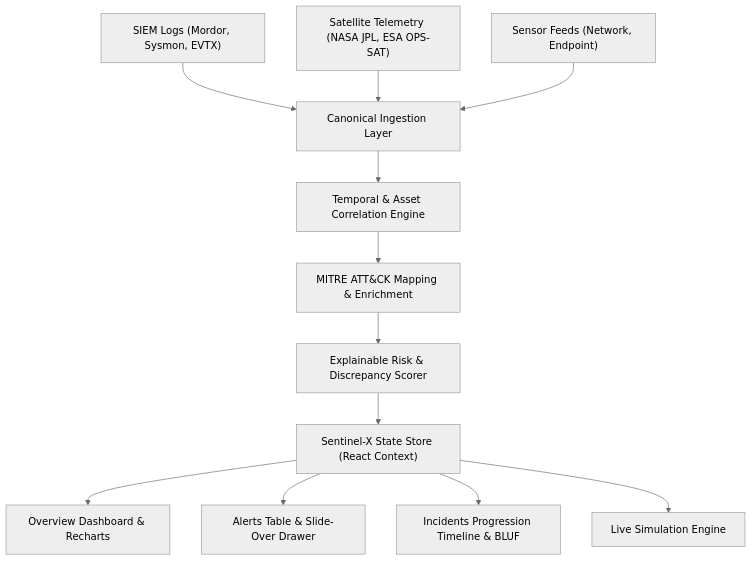
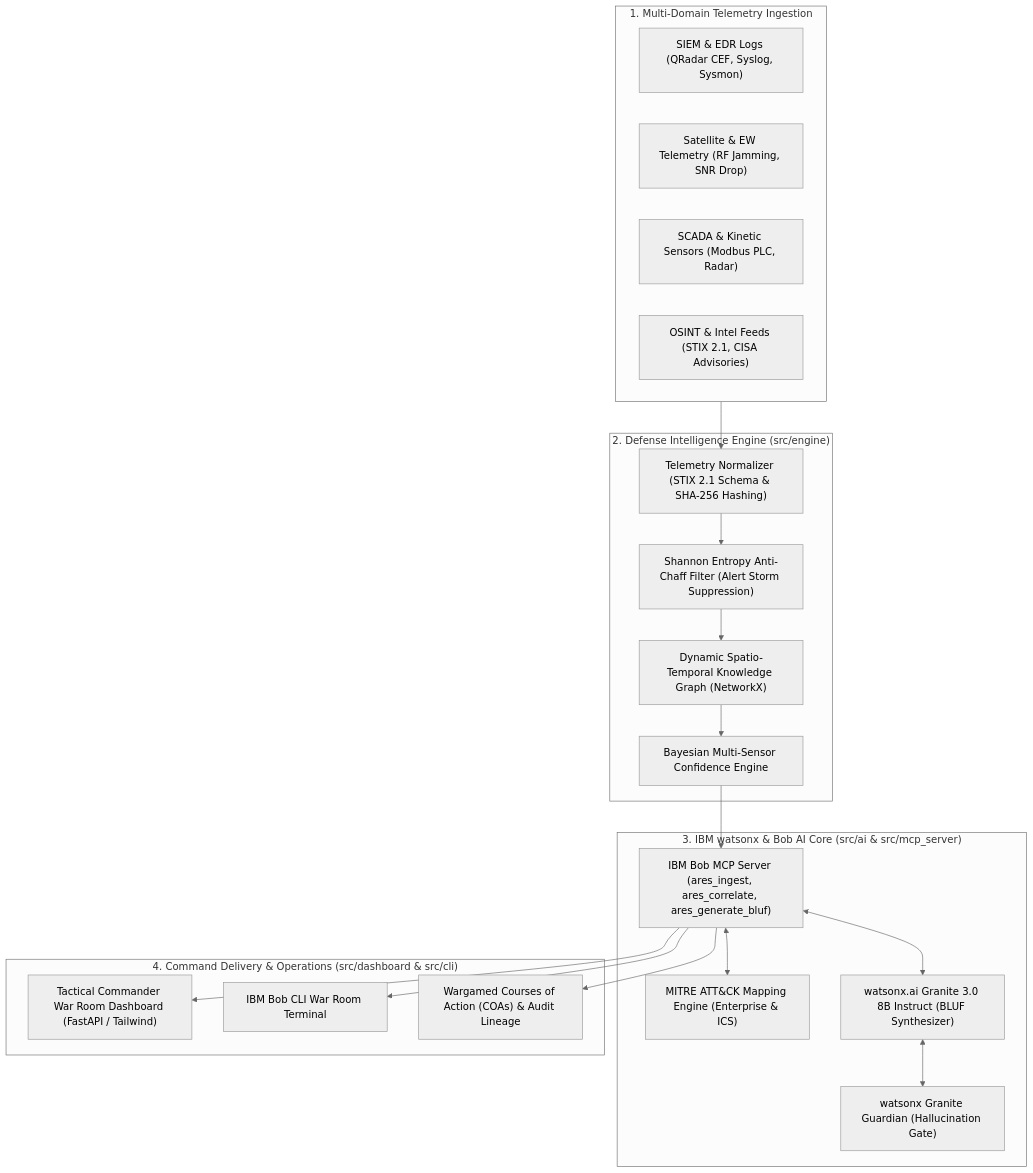
The diagram in docs/architecture.md (nerdygeek007/bob-ai-hackathon-pretzel), drawn with Mermaid (neutral theme) before and after one commit. The commit also changed other lines of this file and 7 other files, not shown here.

````diff
--- a/docs/architecture.md
+++ b/docs/architecture.md
@@ -7,14 +5,39 @@
 ```mermaid
-graph TD
-    A1["SIEM Logs (Mordor, Sysmon, EVTX)"] --> B["Canonical Ingestion Layer"]
-    A2["Satellite Telemetry (NASA JPL, ESA OPS-SAT)"] --> B
-    A3["Sensor Feeds (Network, Endpoint)"] --> B
-    B --> C["Temporal & Asset Correlation Engine"]
-    C --> D["MITRE ATT&CK Mapping & Enrichment"]
-    D --> E["Explainable Risk & Discrepancy Scorer"]
-    E --> F["Sentinel-X State Store (React Context)"]
-    F --> G["Overview Dashboard & Recharts"]
-    F --> H["Alerts Table & Slide-Over Drawer"]
-    F --> I["Incidents Progression Timeline & BLUF"]
-    F --> J["Live Simulation Engine"]
+flowchart TD
+    subgraph Feeds["1. Multi-Domain Telemetry Ingestion"]
+        SIEM["SIEM & EDR Logs (QRadar CEF, Syslog, Sysmon)"]
+        SAT["Satellite & EW Telemetry (RF Jamming, SNR Drop)"]
+        ICS["SCADA & Kinetic Sensors (Modbus PLC, Radar)"]
+        OSINT["OSINT & Intel Feeds (STIX 2.1, CISA Advisories)"]
+    end
+
+    subgraph CoreEngine["2. Defense Intelligence Engine (src/engine)"]
+        NORM["Telemetry Normalizer (STIX 2.1 Schema & SHA-256 Hashing)"]
+        CHAFF["Shannon Entropy Anti-Chaff Filter (Alert Storm Suppression)"]
+        TKG["Dynamic Spatio-Temporal Knowledge Graph (NetworkX)"]
+        BAYES["Bayesian Multi-Sensor Confidence Engine"]
+    end
+
+    subgraph AISwarm["3. IBM watsonx & Bob AI Core (src/ai & src/mcp_server)"]
+        BOB_MCP["IBM Bob MCP Server (ares_ingest, ares_correlate, ares_generate_bluf)"]
+        MITRE["MITRE ATT&CK Mapping Engine (Enterprise & ICS)"]
+        GRANITE["watsonx.ai Granite 3.0 8B Instruct (BLUF Synthesizer)"]
+        GUARDIAN["watsonx Granite Guardian (Hallucination Gate)"]
+    end
+
+    subgraph Delivery["4. Command Delivery & Operations (src/dashboard & src/cli)"]
+        WARROOM["Tactical Commander War Room Dashboard (FastAPI / Tailwind)"]
+        TERMINAL["IBM Bob CLI War Room Terminal"]
+        COA["Wargamed Courses of Action (COAs) & Audit Lineage"]
+    end
+
+    Feeds --> NORM
+    NORM --> CHAFF
+    CHAFF --> TKG
+    TKG --> BAYES
+    BAYES --> BOB_MCP
+    BOB_MCP <--> MITRE
+    BOB_MCP <--> GRANITE
+    GRANITE <--> GUARDIAN
+    BOB_MCP --> WARROOM & TERMINAL & COA
 ```
````
